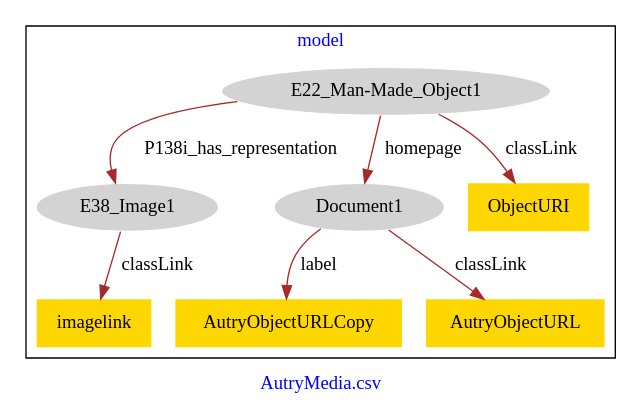
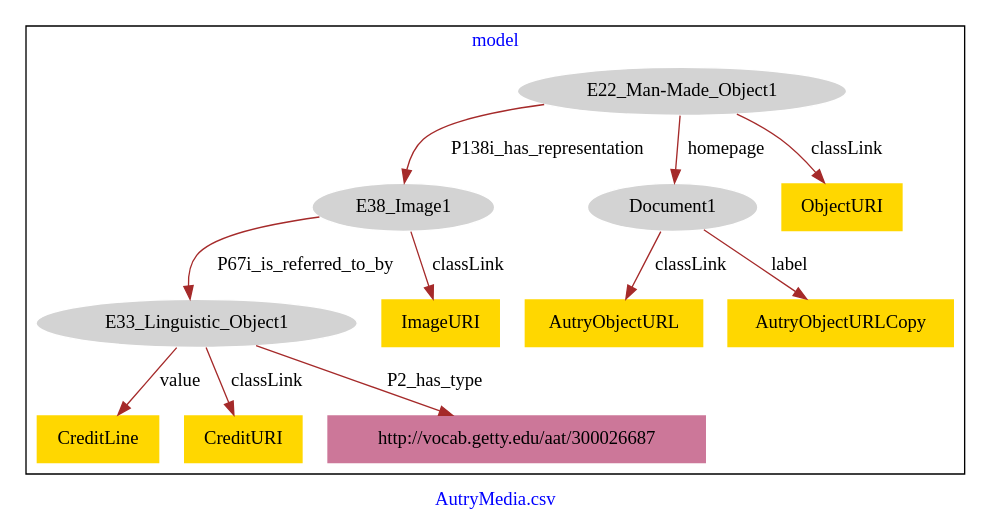
The diagram in AutryMedia/AutryMedia-model.dot (american-art/autry), drawn with Graphviz before and after one commit.

Commit message:
Update file AutryMedia-model.dot

```diff
--- a/AutryMedia/AutryMedia-model.dot
+++ b/AutryMedia/AutryMedia-model.dot
@@ -1,21 +1,29 @@
 digraph n0 {
 fontcolor="blue"
 remincross="true"
 label="AutryMedia.csv"
 subgraph cluster {
 label="model"
 n2[style="filled",color="white",fillcolor="lightgray",label="E22_Man-Made_Object1"];
 n3[style="filled",color="white",fillcolor="lightgray",label="E38_Image1"];
 n4[style="filled",color="white",fillcolor="lightgray",label="Document1"];
-n5[shape="plaintext",style="filled",fillcolor="gold",label="AutryObjectURLCopy"];
-n6[shape="plaintext",style="filled",fillcolor="gold",label="imagelink"];
-n7[shape="plaintext",style="filled",fillcolor="gold",label="AutryObjectURL"];
-n8[shape="plaintext",style="filled",fillcolor="gold",label="ObjectURI"];
+n5[style="filled",color="white",fillcolor="lightgray",label="E33_Linguistic_Object1"];
+n6[shape="plaintext",style="filled",fillcolor="gold",label="AutryObjectURL"];
+n7[shape="plaintext",style="filled",fillcolor="gold",label="AutryObjectURLCopy"];
+n8[shape="plaintext",style="filled",fillcolor="gold",label="CreditLine"];
+n9[shape="plaintext",style="filled",fillcolor="gold",label="CreditURI"];
+n10[shape="plaintext",style="filled",fillcolor="gold",label="ImageURI"];
+n11[shape="plaintext",style="filled",fillcolor="gold",label="ObjectURI"];
+n12[shape="plaintext",style="filled",fillcolor="#CC7799",label="http://vocab.getty.edu/aat/300026687"];
 }
 n2 -> n3[color="brown",fontcolor="black",label="P138i_has_representation"]
 n2 -> n4[color="brown",fontcolor="black",label="homepage"]
-n4 -> n5[color="brown",fontcolor="black",label="label"]
-n3 -> n6[color="brown",fontcolor="black",label="classLink"]
-n4 -> n7[color="brown",fontcolor="black",label="classLink"]
-n2 -> n8[color="brown",fontcolor="black",label="classLink"]
+n3 -> n5[color="brown",fontcolor="black",label="P67i_is_referred_to_by"]
+n4 -> n6[color="brown",fontcolor="black",label="classLink"]
+n4 -> n7[color="brown",fontcolor="black",label="label"]
+n5 -> n8[color="brown",fontcolor="black",label="value"]
+n5 -> n9[color="brown",fontcolor="black",label="classLink"]
+n3 -> n10[color="brown",fontcolor="black",label="classLink"]
+n2 -> n11[color="brown",fontcolor="black",label="classLink"]
+n5 -> n12[color="brown",fontcolor="black",label="P2_has_type"]
 }
```
